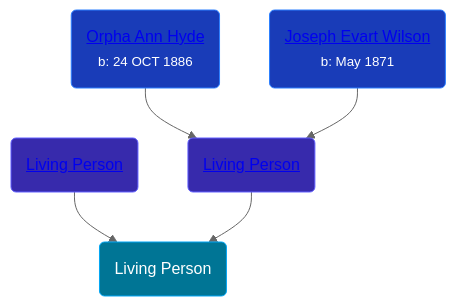
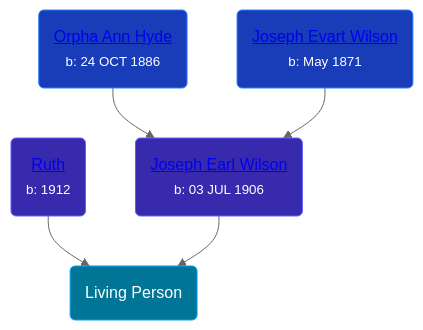
One commit to wpmgotkh/wpmgotkh.github.io changed the diagram in pages/people/9/92908178.md. Above: the diagram before and after it, drawn with Mermaid (neutral theme). The commit also changed other lines of this file and 586 other files, not shown here.

Commit message:
feat: better shouldConsiderPersonLiving algo

````diff
--- a/pages/people/9/92908178.md
+++ b/pages/people/9/92908178.md
@@ -10,11 +10,11 @@
 ```mermaid
 graph
 classDef grands fill:#193cb8,stroke:#2b7fff,stroke-width:1px,color:#fff;
 classDef parents fill:#372aac,stroke:#615fff,stroke-width:1px,color:#fff;
 classDef primary fill:#007595,stroke:#00a6f4,stroke-width:1px,color:#fff;
 92908178(Living Person):::primary
-72945090(<a class="text-white" href="/people/7/72945090">Living Person</a>):::parents-->92908178
-35616804(<a class="text-white" href="/people/3/35616804">Living Person</a>):::parents-->92908178
+72945090(<a class="text-white" href="/people/7/72945090">Ruth </a><br /><small>b: 1912</small>):::parents-->92908178
+35616804(<a class="text-white" href="/people/3/35616804">Joseph Earl Wilson</a><br /><small>b: 03 JUL 1906</small>):::parents-->92908178
 63932813(<a class="text-white" href="/people/6/63932813">Orpha Ann Hyde</a><br /><small>b: 24 OCT 1886</small>):::grands-->35616804
 57306025(<a class="text-white" href="/people/5/57306025">Joseph Evart Wilson</a><br /><small>b: May 1871</small>):::grands-->35616804
 ```
````
